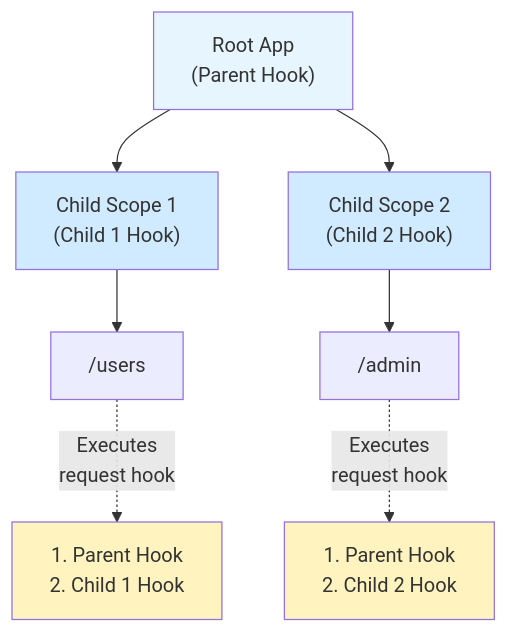
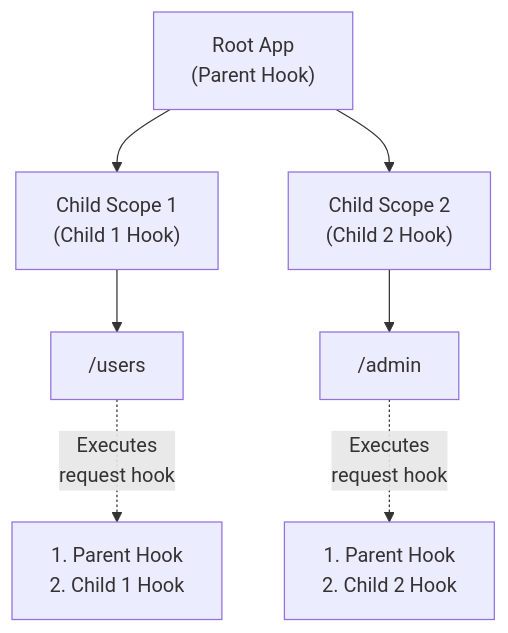
One commit to minima-js/minimajs changed the diagram in docs/guides/diagrams/hook-scope-inheritance.md. Above: the diagram before and after it, drawn with Mermaid. The commit also changed 19 other files, not shown here.

````diff
--- a/docs/guides/diagrams/hook-scope-inheritance.md
+++ b/docs/guides/diagrams/hook-scope-inheritance.md
@@ -1,18 +1,18 @@
 ```mermaid
 graph TB
     Root["Root App<br/>(Parent Hook)"]
     Root --> Child1["Child Scope 1<br/>(Child 1 Hook)"]
     Root --> Child2["Child Scope 2<br/>(Child 2 Hook)"]
 
     Child1 --> Route1["/users"]
     Child2 --> Route2["/admin"]
 
     Route1 -.->|Executes<br/>request hook| Exec1["1. Parent Hook<br/>2. Child 1 Hook"]
     Route2 -.->|Executes<br/>request hook| Exec2["1. Parent Hook<br/>2. Child 2 Hook"]
 
-    style Root fill:#e7f5ff
-    style Child1 fill:#d0ebff
-    style Child2 fill:#d0ebff
-    style Exec1 fill:#fff3bf
-    style Exec2 fill:#fff3bf
+    class Root accent
+    class Child1,Child2 info
+    class Route1,Route2 neutral
+    class Exec1,Exec2 warn
+
 ```
````
